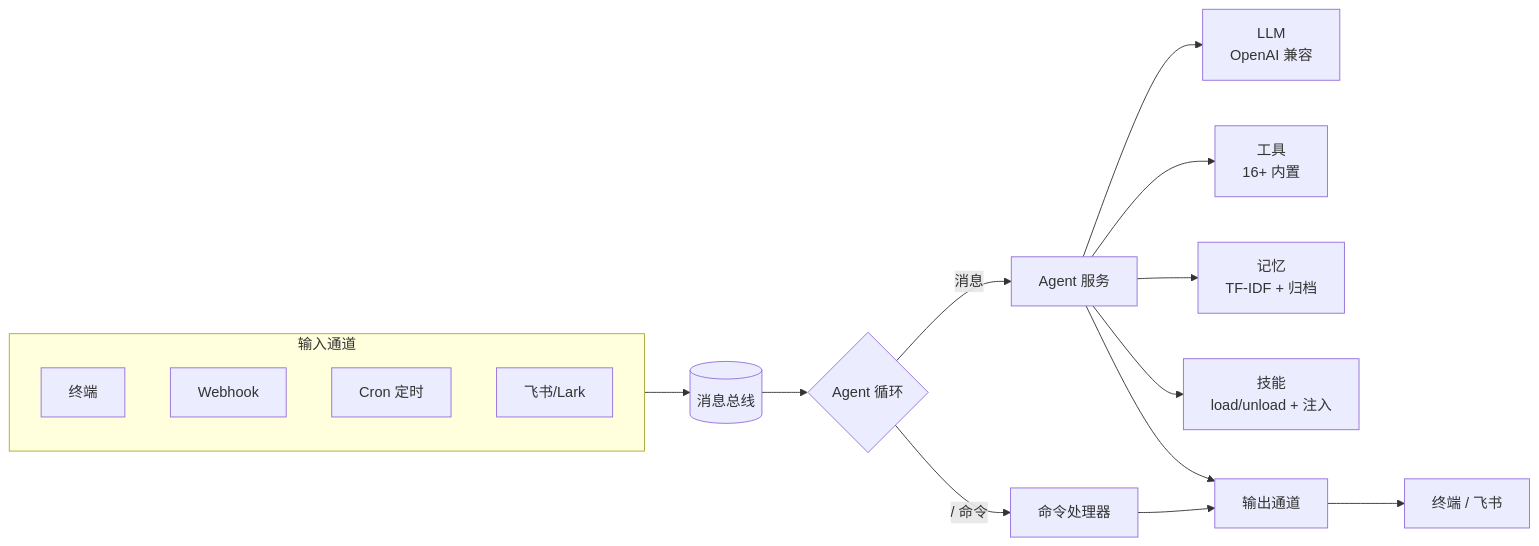
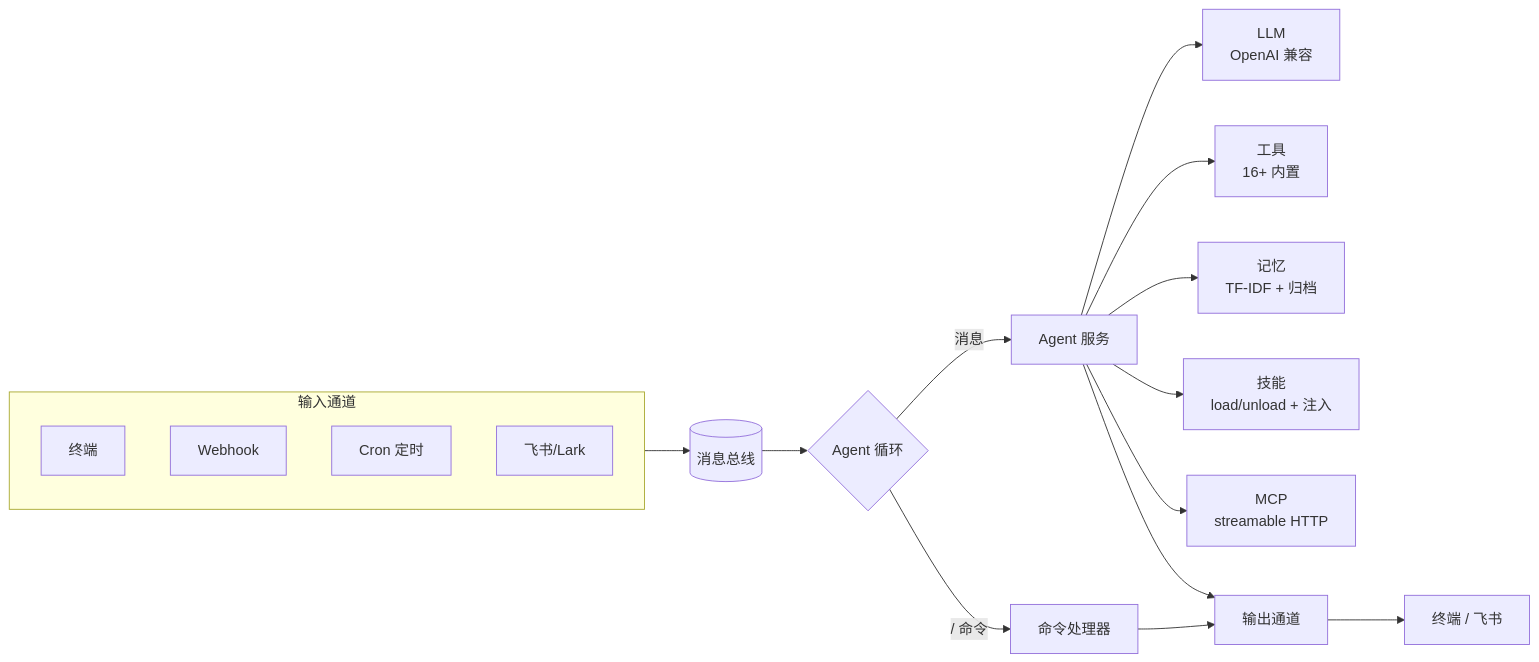
The diagram in README_ZH-CN.md (nl8590687/lemonclaw), drawn with Mermaid before and after one commit. The commit also changed other lines of this file and 17 other files, not shown here.

````diff
--- a/README_ZH-CN.md
+++ b/README_ZH-CN.md
@@ -32,20 +33,21 @@
 ```mermaid
 flowchart LR
     subgraph Inputs[输入通道]
         T[终端]
         W[Webhook]
         C[Cron 定时]
         F[飞书/Lark]
     end
     Inputs --> Bus[(消息总线)]
     Bus --> Loop{Agent 循环}
     Loop -->|"/" 命令| Cmd[命令处理器]
     Loop -->|消息| Agent[Agent 服务]
     Agent --> LLM[LLM<br/>OpenAI 兼容]
     Agent --> Tools[工具<br/>16+ 内置]
     Agent --> Mem[记忆<br/>TF-IDF + 归档]
     Agent --> Skills[技能<br/>load/unload + 注入]
+    Agent --> MCP[MCP<br/>streamable HTTP]
     Agent --> Out[输出通道]
     Cmd --> Out
     Out --> Resp[终端 / 飞书]
 ```
````
